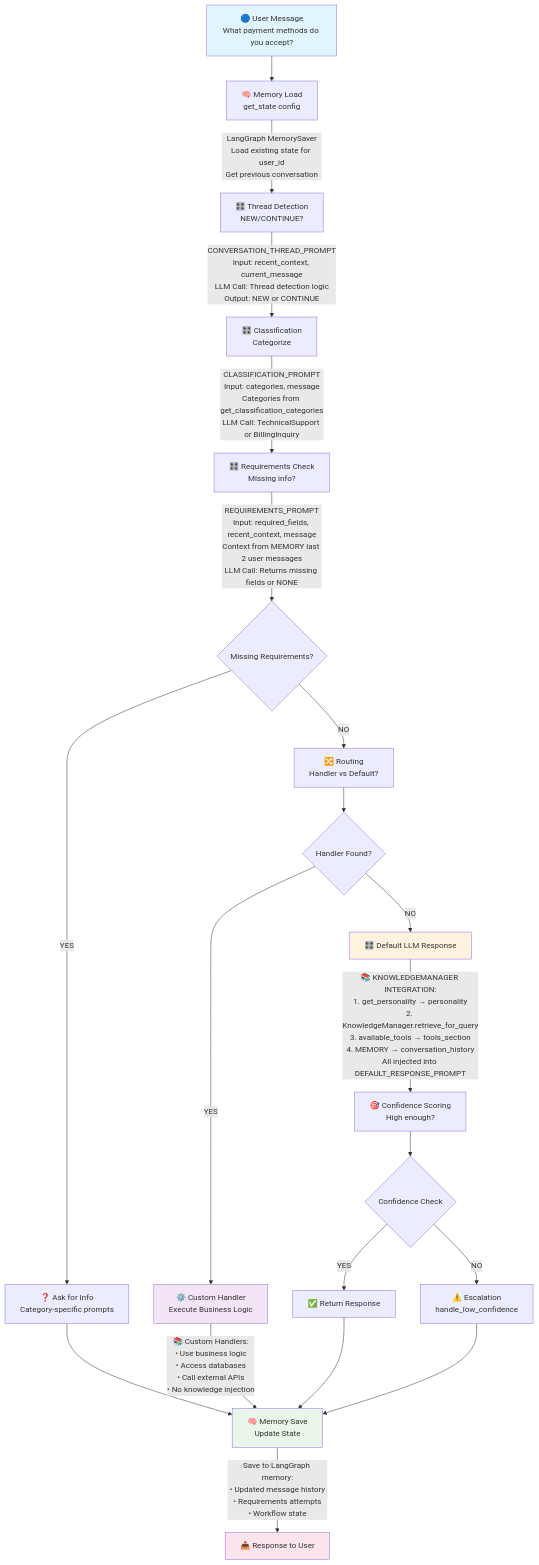
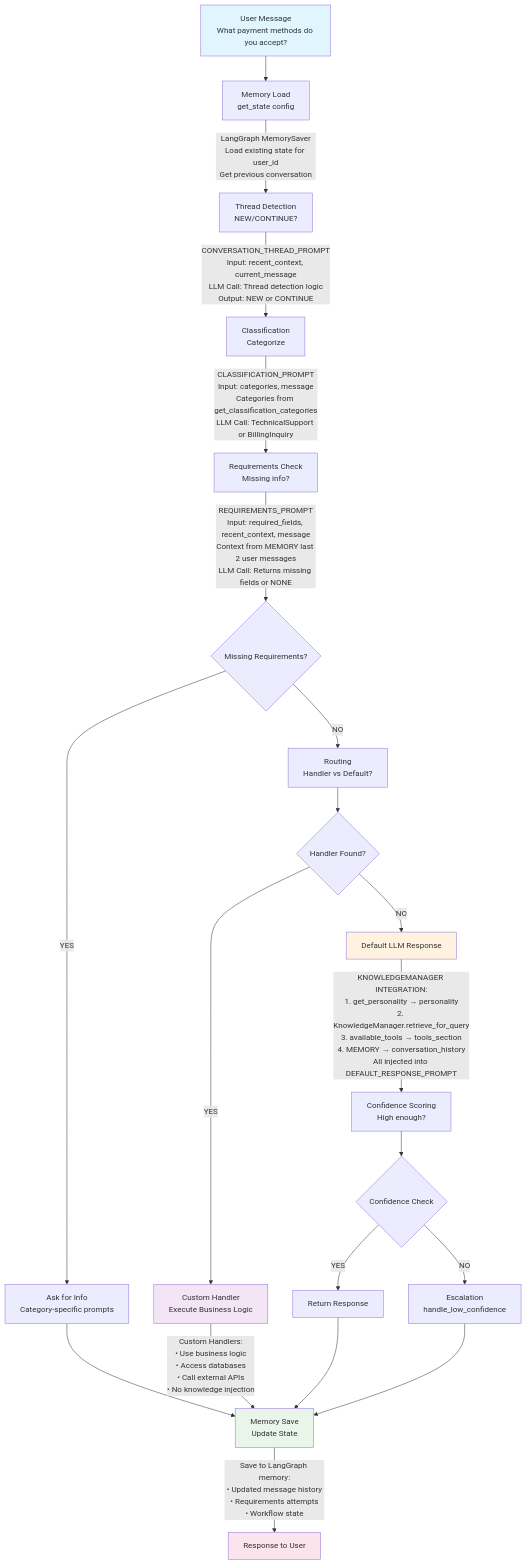
The first of 3 diagrams in DATA_FLOW_DIAGRAM.md (repque/agentic), drawn with Mermaid before and after one commit. The commit also changed other lines of this file and 3 other files, not shown here.

````diff
--- a/DATA_FLOW_DIAGRAM.md
+++ b/DATA_FLOW_DIAGRAM.md
@@ -7,39 +7,39 @@
 ```mermaid
 flowchart TD
-    A[🔵 User Message<br/>What payment methods do you accept?] --> B
+    A[User Message<br/>What payment methods do you accept?] --> B
     
-    B[🧠 Memory Load<br/>get_state config] --> |LangGraph MemorySaver<br/>Load existing state for user_id<br/>Get previous conversation| C
+    B[Memory Load<br/>get_state config] --> |LangGraph MemorySaver<br/>Load existing state for user_id<br/>Get previous conversation| C
     
-    C[🎛️ Thread Detection<br/>NEW/CONTINUE?] --> |CONVERSATION_THREAD_PROMPT<br/>Input: recent_context, current_message<br/>LLM Call: Thread detection logic<br/>Output: NEW or CONTINUE| D
+    C[Thread Detection<br/>NEW/CONTINUE?] --> |CONVERSATION_THREAD_PROMPT<br/>Input: recent_context, current_message<br/>LLM Call: Thread detection logic<br/>Output: NEW or CONTINUE| D
     
-    D[🎛️ Classification<br/>Categorize] --> |CLASSIFICATION_PROMPT<br/>Input: categories, message<br/>Categories from get_classification_categories<br/>LLM Call: TechnicalSupport or BillingInquiry| E
+    D[Classification<br/>Categorize] --> |CLASSIFICATION_PROMPT<br/>Input: categories, message<br/>Categories from get_classification_categories<br/>LLM Call: TechnicalSupport or BillingInquiry| E
     
-    E[🎛️ Requirements Check<br/>Missing info?] --> |REQUIREMENTS_PROMPT<br/>Input: required_fields, recent_context, message<br/>Context from MEMORY last 2 user messages<br/>LLM Call: Returns missing fields or NONE| F
+    E[Requirements Check<br/>Missing info?] --> |REQUIREMENTS_PROMPT<br/>Input: required_fields, recent_context, message<br/>Context from MEMORY last 2 user messages<br/>LLM Call: Returns missing fields or NONE| F
     
-    F{Missing Requirements?} --> |YES| G[❓ Ask for Info<br/>Category-specific prompts]
-    F --> |NO| H[🔀 Routing<br/>Handler vs Default?]
+    F{Missing Requirements?} --> |YES| G[Ask for Info<br/>Category-specific prompts]
+    F --> |NO| H[Routing<br/>Handler vs Default?]
     
     H --> I{Handler Found?}
-    I --> |YES| J[⚙️ Custom Handler<br/>Execute Business Logic]
-    I --> |NO| K[🎛️ Default LLM Response]
+    I --> |YES| J[Custom Handler<br/>Execute Business Logic]
+    I --> |NO| K[Default LLM Response]
     
-    J --> |📚 Custom Handlers:<br/>• Use business logic<br/>• Access databases<br/>• Call external APIs<br/>• No knowledge injection| P
+    J --> |Custom Handlers:<br/>• Use business logic<br/>• Access databases<br/>• Call external APIs<br/>• No knowledge injection| P
     
-    K --> |📚 KNOWLEDGEMANAGER INTEGRATION:<br/>1. get_personality → personality<br/>2. KnowledgeManager.retrieve_for_query<br/>3. available_tools → tools_section<br/>4. MEMORY → conversation_history<br/>All injected into DEFAULT_RESPONSE_PROMPT| L
+    K --> |KNOWLEDGEMANAGER INTEGRATION:<br/>1. get_personality → personality<br/>2. KnowledgeManager.retrieve_for_query<br/>3. available_tools → tools_section<br/>4. MEMORY → conversation_history<br/>All injected into DEFAULT_RESPONSE_PROMPT| L
     
-    L[🎯 Confidence Scoring<br/>High enough?] --> M{Confidence Check}
-    M --> |YES| N[✅ Return Response]
-    M --> |NO| O[⚠️ Escalation<br/>handle_low_confidence]
+    L[Confidence Scoring<br/>High enough?] --> M{Confidence Check}
+    M --> |YES| N[Return Response]
+    M --> |NO| O[Escalation<br/>handle_low_confidence]
     
-    G --> P[🧠 Memory Save<br/>Update State]
+    G --> P[Memory Save<br/>Update State]
     N --> P
     O --> P
     
-    P --> |Save to LangGraph memory:<br/>• Updated message history<br/>• Requirements attempts<br/>• Workflow state| Q[📤 Response to User]
+    P --> |Save to LangGraph memory:<br/>• Updated message history<br/>• Requirements attempts<br/>• Workflow state| Q[Response to User]
     
     style A fill:#e1f5fe
     style K fill:#fff3e0
     style J fill:#f3e5f5
     style P fill:#e8f5e8
     style Q fill:#fce4ec
 ```
````
